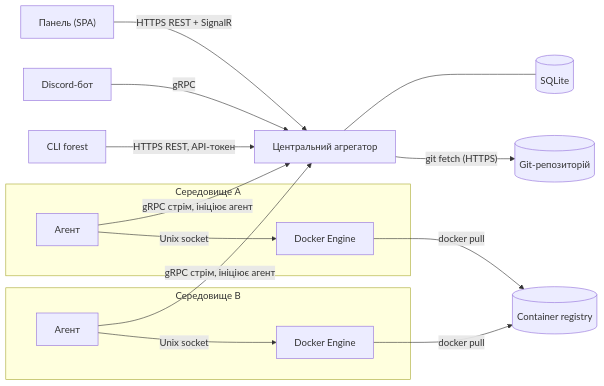
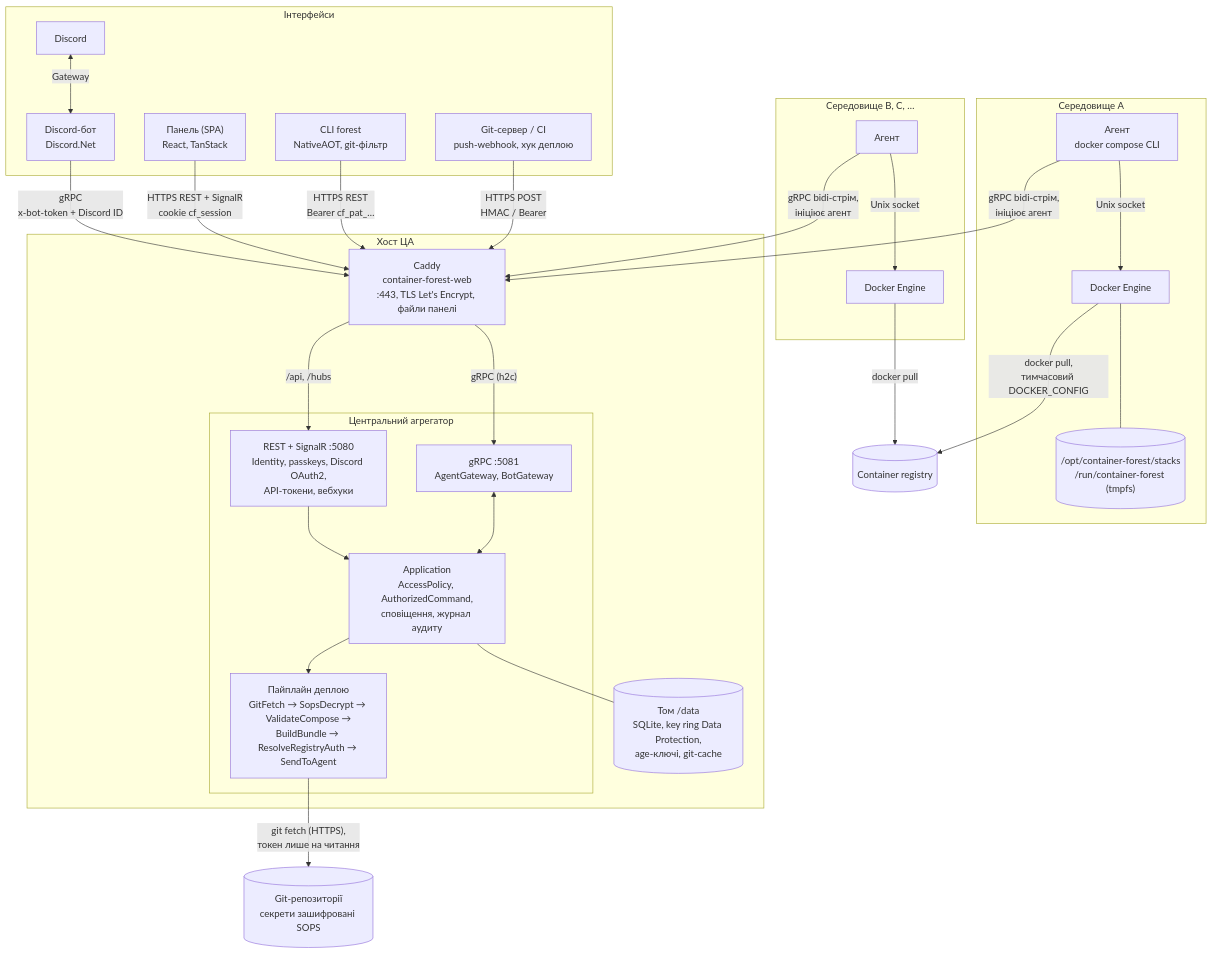
The diagram in docs/architecture.md (container-forest/container-forest), drawn with Mermaid before and after one commit. The commit also changed 4 other files, not shown here.

First line of the commit message:
docs: replace architecture diagrams with detailed Mermaid versions

````diff
--- a/docs/architecture.md
+++ b/docs/architecture.md
@@ -43,18 +43,48 @@
 ```mermaid
-flowchart LR
-  UI["Панель (SPA)"] -->|"HTTPS REST + SignalR"| CA["Центральний агрегатор"]
-  Bot["Discord-бот"] -->|"gRPC"| CA
-  Cli["CLI forest"] -->|"HTTPS REST, API-токен"| CA
-  CA --- DB[("SQLite")]
-  CA -->|"git fetch (HTTPS)"| Git[("Git-репозиторій")]
-  subgraph EnvA["Середовище A"]
-    EA1["Агент"] -->|"Unix socket"| D1["Docker Engine"]
+flowchart TB
+  subgraph Clients["Інтерфейси"]
+    Discord["Discord"] <-->|"Gateway"| Bot["Discord-бот<br/>Discord.Net"]
+    UI["Панель (SPA)<br/>React, TanStack"]
+    Cli["CLI forest<br/>NativeAOT, git-фільтр"]
+    Hooks["Git-сервер / CI<br/>push-webhook, хук деплою"]
   end
-  subgraph EnvB["Середовище B"]
+
+  subgraph EnvB["Середовище B, C, …"]
     EA2["Агент"] -->|"Unix socket"| D2["Docker Engine"]
   end
-  EA1 -->|"gRPC стрім, ініціює агент"| CA
-  EA2 -->|"gRPC стрім, ініціює агент"| CA
-  D1 -->|"docker pull"| Reg[("Container registry")]
+
+  subgraph EnvA["Середовище A"]
+    EA1["Агент<br/>docker compose CLI"] -->|"Unix socket"| D1["Docker Engine"]
+    S1[("/opt/container-forest/stacks<br/>/run/container-forest (tmpfs)")]
+    D1 --- S1
+  end
+  subgraph Host["Хост ЦА"]
+    Caddy["Caddy<br/>container-forest-web<br/>:443, TLS Let's Encrypt, файли панелі"]
+    subgraph CA["Центральний агрегатор"]
+      Rest["REST + SignalR :5080<br/>Identity, passkeys, Discord OAuth2,<br/>API-токени, вебхуки"]
+      Grpc["gRPC :5081<br/>AgentGateway, BotGateway"]
+      App["Application<br/>AccessPolicy, AuthorizedCommand,<br/>сповіщення, журнал аудиту"]
+      Pipe["Пайплайн деплою<br/>GitFetch → SopsDecrypt → ValidateCompose →<br/>BuildBundle → ResolveRegistryAuth → SendToAgent"]
+      Rest --> App
+      Grpc <--> App
+      App --> Pipe
+    end
+    Data[("Том /data<br/>SQLite, key ring Data Protection,<br/>age-ключі, git-cache")]
+    Caddy -->|"/api, /hubs"| Rest
+    Caddy -->|"gRPC (h2c)"| Grpc
+    App --- Data
+  end
+
+  Git[("Git-репозиторії<br/>секрети зашифровані SOPS")]
+  Reg[("Container registry")]
+
+  Bot -->|"gRPC<br/>x-bot-token + Discord ID"| Caddy
+  UI -->|"HTTPS REST + SignalR<br/>cookie cf_session"| Caddy
+  Cli -->|"HTTPS REST<br/>Bearer cf_pat_…"| Caddy
+  Hooks -->|"HTTPS POST<br/>HMAC / Bearer"| Caddy
+  EA1 -->|"gRPC bidi-стрім,<br/>ініціює агент"| Caddy
+  EA2 -->|"gRPC bidi-стрім,<br/>ініціює агент"| Caddy
+  Pipe -->|"git fetch (HTTPS),<br/>токен лише на читання"| Git
+  D1 -->|"docker pull,<br/>тимчасовий DOCKER_CONFIG"| Reg
   D2 -->|"docker pull"| Reg
 ```
````
